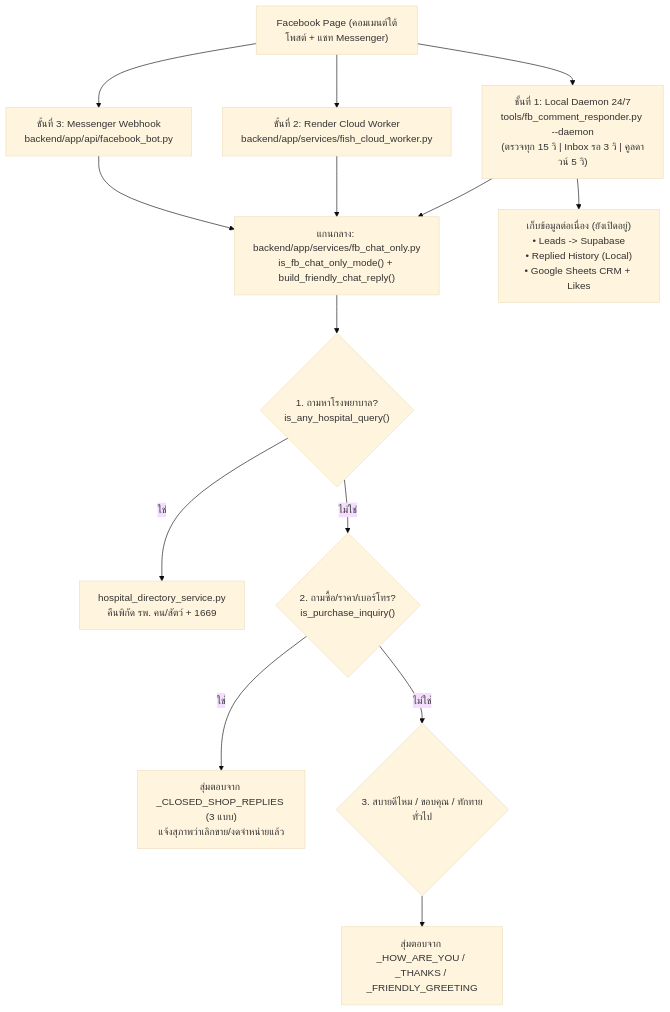
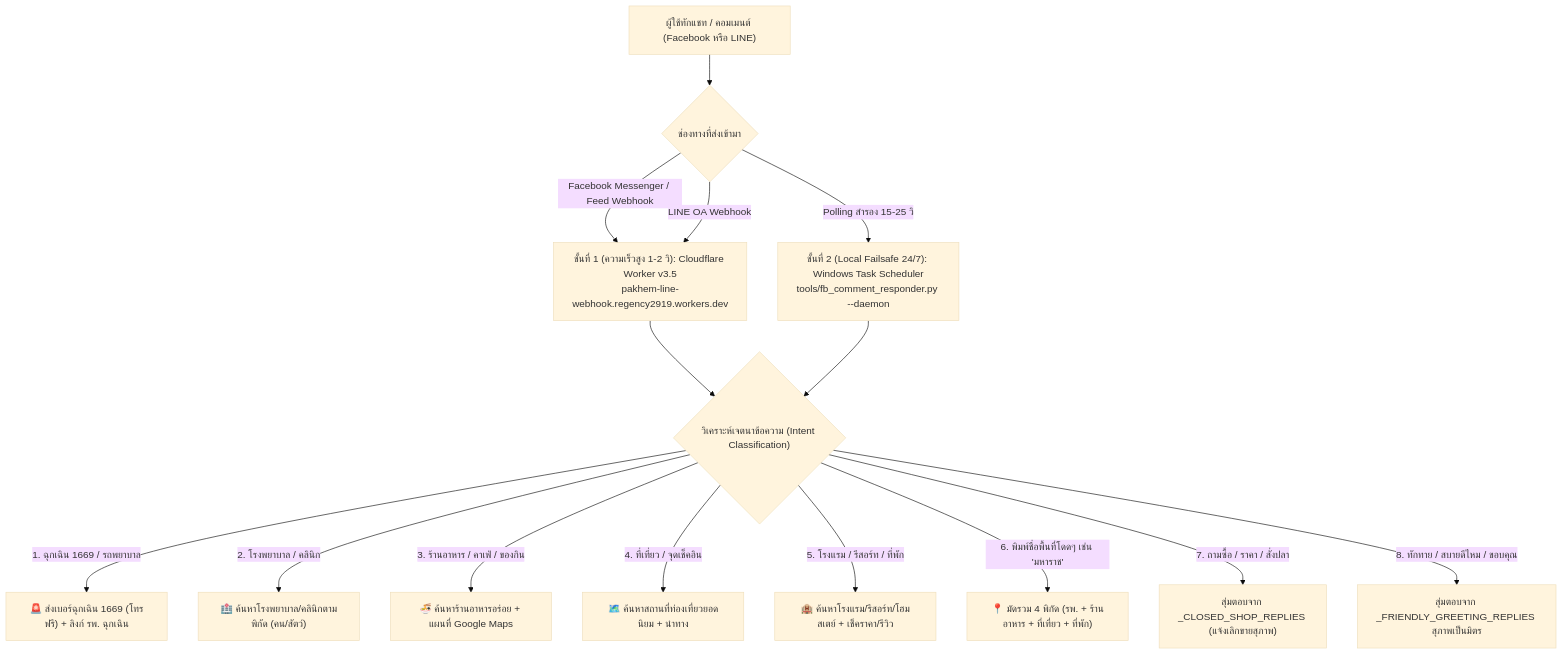
The diagram in docs/manual/37_FACEBOOK_CHAT_ONLY_MODE_AND_AUTO_DAEMON_SOP.md (g81393878-bit/shopee-affiliate-bot), drawn with Mermaid (base theme) before and after one commit. The commit also changed other lines of this file and 2 other files, not shown here.

Commit message:
docs(manual): update SOP 37 to v3.5 covering places locator, 717 amphoe resolution, and cf_worker_manager

````diff
--- a/docs/manual/37_FACEBOOK_CHAT_ONLY_MODE_AND_AUTO_DAEMON_SOP.md
+++ b/docs/manual/37_FACEBOOK_CHAT_ONLY_MODE_AND_AUTO_DAEMON_SOP.md
@@ -12,19 +16,20 @@
 ```mermaid
 flowchart TD
-    FB["Facebook Page (คอมเมนต์ใต้โพสต์ + แชท Messenger)"] --> T1["ชั้นที่ 1: Local Daemon 24/7<br/>tools/fb_comment_responder.py --daemon<br/>(ตรวจทุก 15 วิ | Inbox รอ 3 วิ | คูลดาวน์ 5 วิ)"]
-    FB --> T2["ชั้นที่ 2: Render Cloud Worker<br/>backend/app/services/fish_cloud_worker.py"]
-    FB --> T3["ชั้นที่ 3: Messenger Webhook<br/>backend/app/api/facebook_bot.py"]
+    User["ผู้ใช้ทักแชท / คอมเมนต์ (Facebook หรือ LINE)"] --> ROUTER{"ช่องทางที่ส่งเข้ามา"}
+    
+    ROUTER -->|Facebook Messenger / Feed Webhook| CF["ชั้นที่ 1 (ความเร็วสูง 1-2 วิ): Cloudflare Worker v3.5<br/>pakhem-line-webhook.regency2919.workers.dev"]
+    ROUTER -->|LINE OA Webhook| CF
+    ROUTER -->|Polling สำรอง 15-25 วิ| LOCAL["ชั้นที่ 2 (Local Failsafe 24/7): Windows Task Scheduler<br/>tools/fb_comment_responder.py --daemon"]
 
-    T1 --> CORE["แกนกลาง: backend/app/services/fb_chat_only.py<br/>is_fb_chat_only_mode() + build_friendly_chat_reply()"]
-    T2 --> CORE
-    T3 --> CORE
+    CF --> ROUTE_LOGIC{"วิเคราะห์เจตนาข้อความ (Intent Classification)"}
+    LOCAL --> ROUTE_LOGIC
 
-    CORE --> P1{"1. ถามหาโรงพยาบาล?<br/>is_any_hospital_query()"}
-    P1 -->|ใช่| HOSP["hospital_directory_service.py<br/>คืนพิกัด รพ. คน/สัตว์ + 1669"]
-    P1 -->|ไม่ใช่| P2{"2. ถามซื้อ/ราคา/เบอร์โทร?<br/>is_purchase_inquiry()"}
-    P2 -->|ใช่| CLOSED["สุ่มตอบจาก _CLOSED_SHOP_REPLIES (3 แบบ)<br/>แจ้งสุภาพว่าเลิกขาย/งดจำหน่ายแล้ว"]
-    P2 -->|ไม่ใช่| P3{"3. สบายดีไหม / ขอบคุณ / ทักทายทั่วไป"}
-    P3 --> CHAT["สุ่มตอบจาก _HOW_ARE_YOU / _THANKS / _FRIENDLY_GREETING"]
-
-    T1 --> CRM["เก็บข้อมูลต่อเนื่อง (ยังเปิดอยู่)<br/>• Leads -> Supabase<br/>• Replied History (Local)<br/>• Google Sheets CRM + Likes"]
+    ROUTE_LOGIC -->|1. ฉุกเฉิน 1669 / รถพยาบาล| EMER["🚨 ส่งเบอร์ฉุกเฉิน 1669 (โทรฟรี) + ลิงก์ รพ. ฉุกเฉิน"]
+    ROUTE_LOGIC -->|2. โรงพยาบาล / คลินิก| HOSP["🏥 ค้นหาโรงพยาบาล/คลินิกตามพิกัด (คน/สัตว์)"]
+    ROUTE_LOGIC -->|3. ร้านอาหาร / คาเฟ่ / ของกิน| FOOD["🍜 ค้นหาร้านอาหารอร่อย + แผนที่ Google Maps"]
+    ROUTE_LOGIC -->|4. ที่เที่ยว / จุดเช็คอิน| TOUR["🗺️ ค้นหาสถานที่ท่องเที่ยวยอดนิยม + นำทาง"]
+    ROUTE_LOGIC -->|5. โรงแรม / รีสอร์ท / ที่พัก| HOTEL["🏨 ค้นหาโรงแรม/รีสอร์ท/โฮมสเตย์ + เช็คราคา/รีวิว"]
+    ROUTE_LOGIC -->|6. พิมพ์ชื่อพื้นที่โดดๆ เช่น 'มหาราช'| BUNDLE["📍 มัดรวม 4 พิกัด (รพ. + ร้านอาหาร + ที่เที่ยว + ที่พัก)"]
+    ROUTE_LOGIC -->|7. ถามซื้อ / ราคา / สั่งปลา| CLOSED["สุ่มตอบจาก _CLOSED_SHOP_REPLIES (แจ้งเลิกขายสุภาพ)"]
+    ROUTE_LOGIC -->|8. ทักทาย / สบายดีไหม / ขอบคุณ| GREET["สุ่มตอบจาก _FRIENDLY_GREETING_REPLIES สุภาพเป็นมิตร"]
 ```
````
